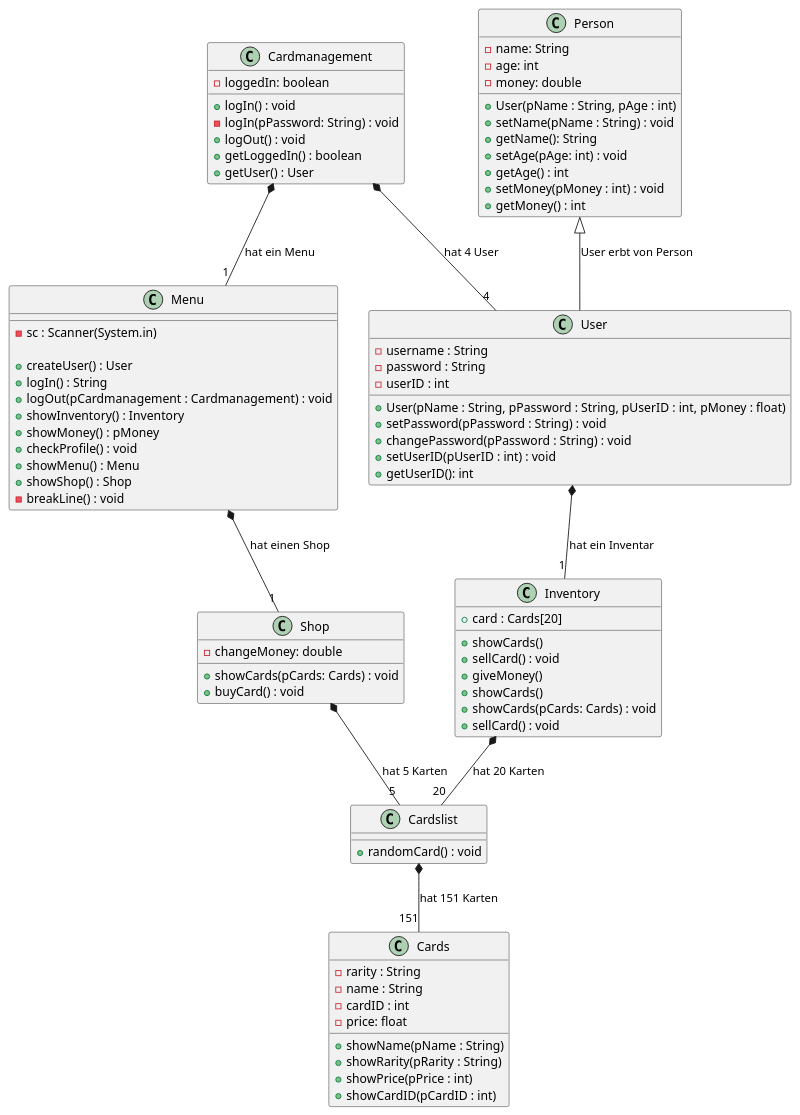
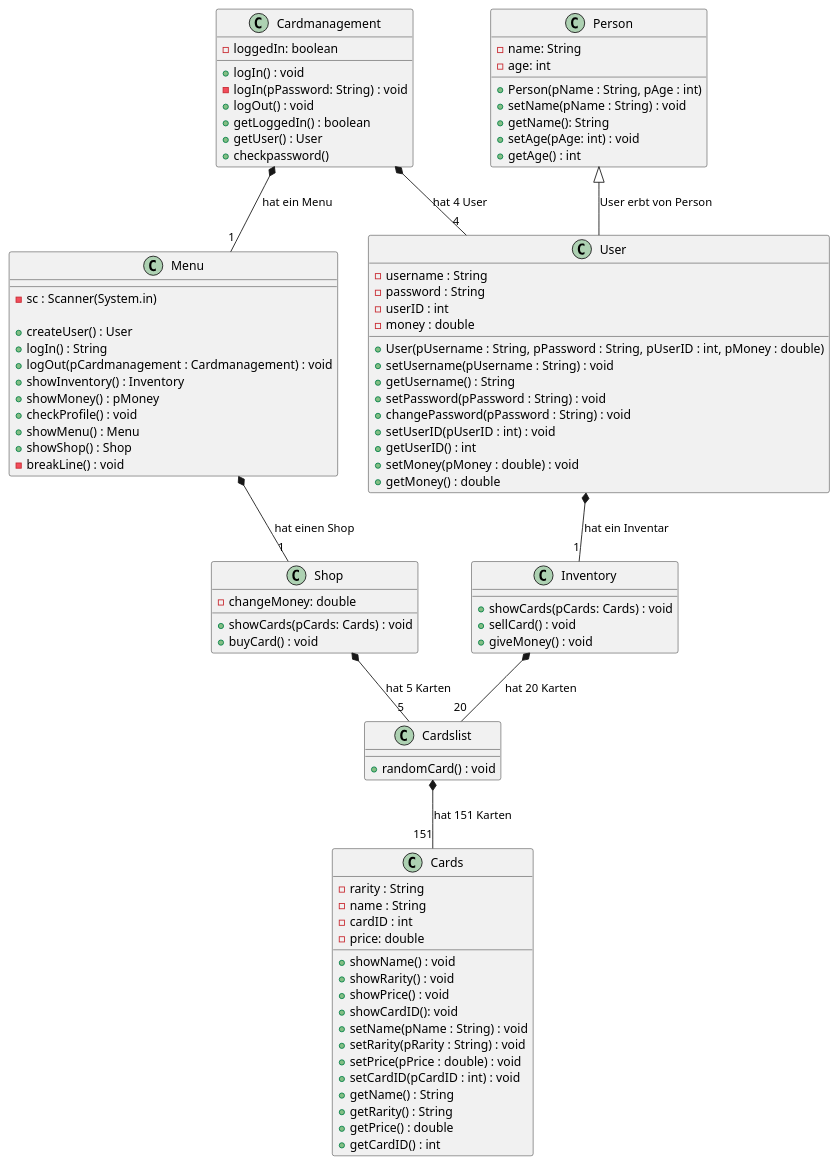
The diagram in Docs/Pflichtenheft/Diagramme/Klassendiagramm-Card.iuml (HEBK-BGM/Verwaltungssoftware_Team_4), drawn with PlantUML before and after one commit.

Commit message:
[FIX] Klassendiagramm Update

```diff
--- a/Docs/Pflichtenheft/Diagramme/Klassendiagramm-Card.iuml
+++ b/Docs/Pflichtenheft/Diagramme/Klassendiagramm-Card.iuml
@@ -1,111 +1,119 @@
 @startuml Klassendiagramm
 
 class Cardmanagement{
     -loggedIn: boolean
     +logIn() : void
     -logIn(pPassword: String) : void
     +logOut() : void
     +getLoggedIn() : boolean
     +getUser() : User
+    +checkpassword()
 
 
 
 }
 
 
 class Menu{
     -sc : Scanner(System.in)
 
     +createUser() : User
     +logIn() : String
     +logOut(pCardmanagement : Cardmanagement) : void
     +showInventory() : Inventory
     +showMoney() : pMoney
     +checkProfile() : void
     +showMenu() : Menu
     +showShop() : Shop
     -breakLine() : void
 
 
 }
 
 
 class Shop{
     -changeMoney: double
 
     
     +showCards(pCards: Cards) : void
     +buyCard() : void
 
 }
 
 
 class User{
     -username : String
     -password : String
     -userID : int
+    -money : double
 
 
-    +User(pName : String, pPassword : String, pUserID : int, pMoney : float)
+    +User(pUsername : String, pPassword : String, pUserID : int, pMoney : double)
+    +setUsername(pUsername : String) : void
+    +getUsername() : String
     +setPassword(pPassword : String) : void
     +changePassword(pPassword : String) : void
     +setUserID(pUserID : int) : void
-    +getUserID(): int
+    +getUserID() : int
+    +setMoney(pMoney : double) : void
+    +getMoney() : double
+    
 
 }
 
 
 class Person{
     -name: String
     -age: int
-    -money: double
 
-    +User(pName : String, pAge : int)
+    +Person(pName : String, pAge : int)
     +setName(pName : String) : void
     +getName(): String
     +setAge(pAge: int) : void
     +getAge() : int
-    +setMoney(pMoney : int) : void
-    +getMoney() : int
 }
 
 
 class Cards{
     -rarity : String
     -name : String
     -cardID : int
-    -price: float
+    -price: double
 
-    +showName(pName : String)
-    +showRarity(pRarity : String)
-    +showPrice(pPrice : int)
-    +showCardID(pCardID : int)
+    +showName() : void
+    +showRarity() : void
+    +showPrice() : void
+    +showCardID(): void
+    +setName(pName : String) : void
+    +setRarity(pRarity : String) : void
+    +setPrice(pPrice : double) : void
+    +setCardID(pCardID : int) : void
+    +getName() : String
+    +getRarity() : String
+    +getPrice() : double
+    +getCardID() : int
 
 }
 
 
 class Inventory{
-+card : Cards[20]
-+showCards()
-+sellCard() : void
-+giveMoney()
-+showCards()
-+showCards(pCards: Cards) : void
-+sellCard() : void
+    +showCards(pCards: Cards) : void
+    +sellCard() : void
+    +giveMoney() : void
 }
 
 
 class Cardslist{
     +randomCard() : void
 }
 
 Cardmanagement *-- "1" Menu : hat ein Menu
 User *-- "1" Inventory : hat ein Inventar
 Cardmanagement *-- "4" User : hat 4 User
 Menu *-- "1" Shop : hat einen Shop
 Shop *-- "5" Cardslist : hat 5 Karten 
 Inventory *-- "20" Cardslist : hat 20 Karten
 Cardslist *-- "151" Cards : hat 151 Karten
 Person <|-- User : User erbt von Person
 
 @enduml
```
